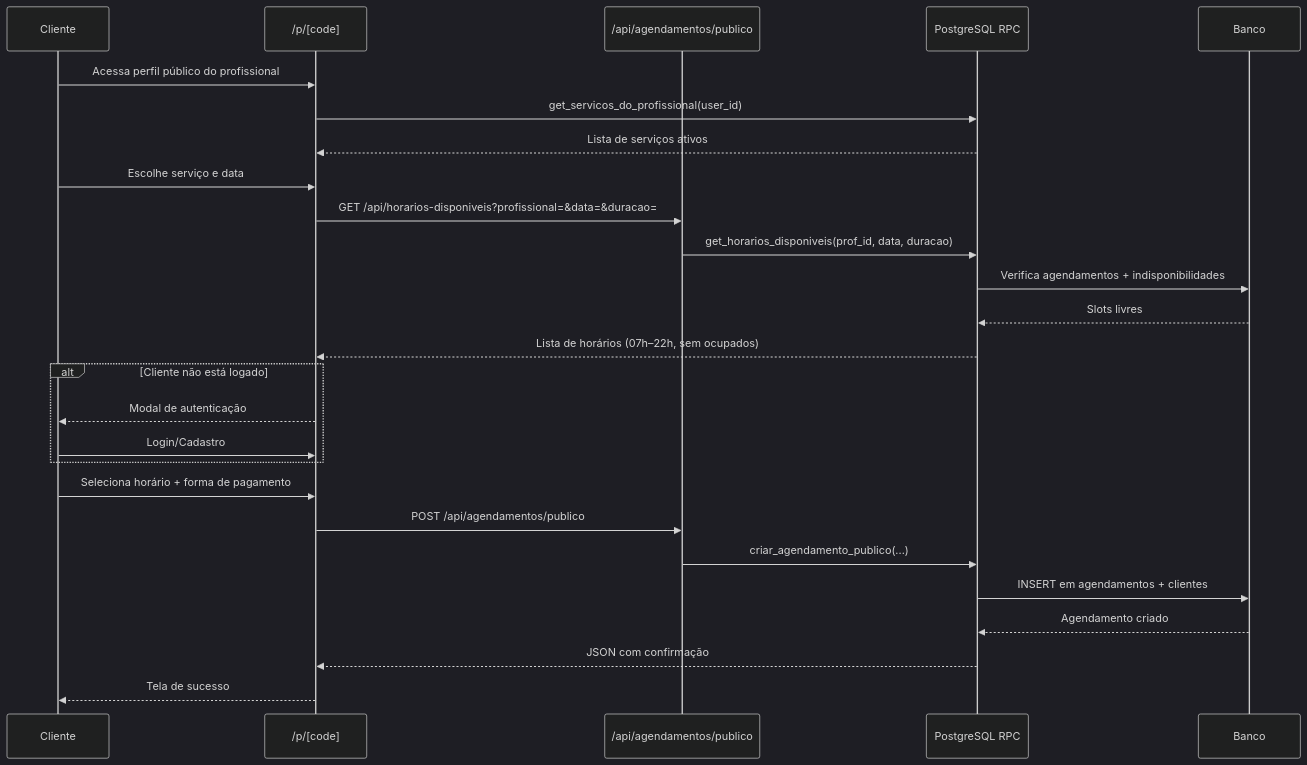
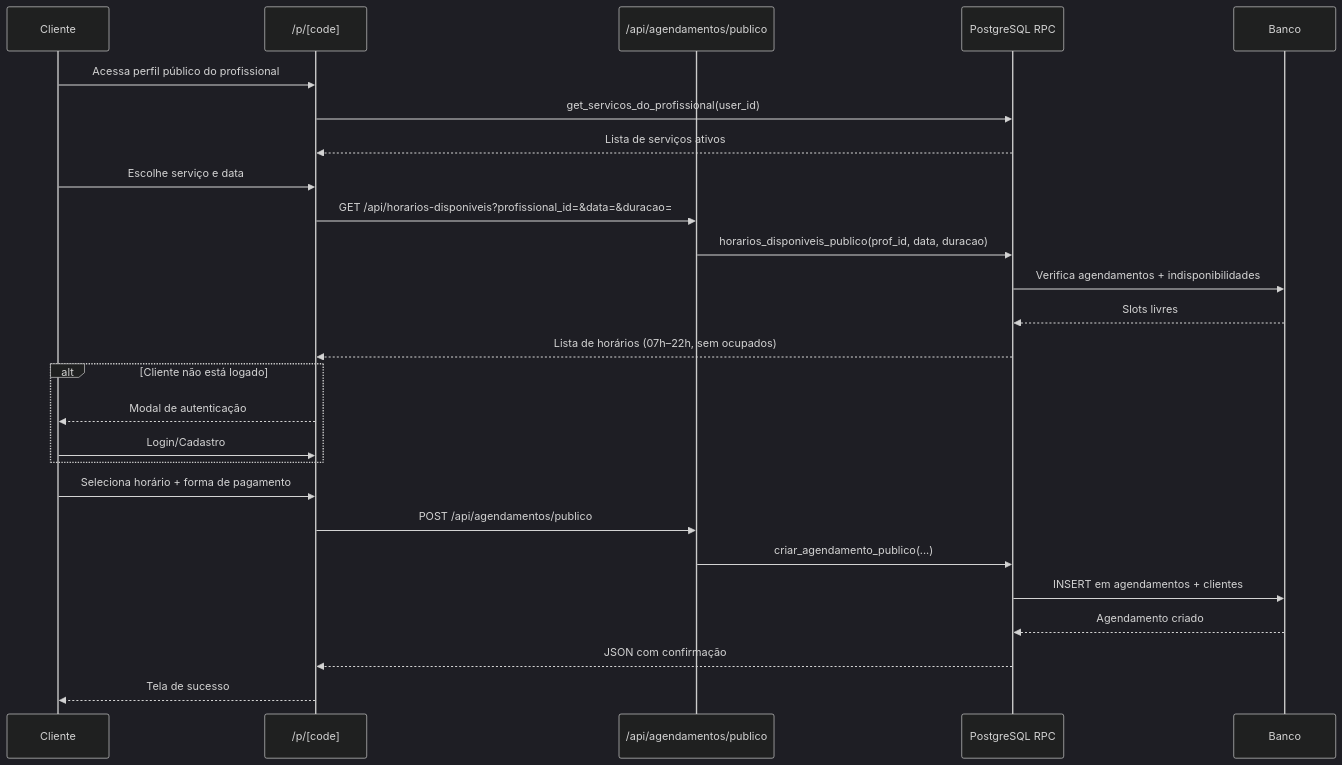
One commit to supp3rdan/studio-manager changed the sixth of 8 diagrams in ARCHITECTURE.md. Above: the diagram before and after it, drawn with Mermaid (dark theme). The commit also changed other lines of this file and 19 other files, not shown here.

````diff
--- a/ARCHITECTURE.md
+++ b/ARCHITECTURE.md
@@ -245,32 +245,32 @@
 ```mermaid
 sequenceDiagram
     participant C as Cliente
     participant UI as /p/[code]
     participant API as /api/agendamentos/publico
     participant RPC as PostgreSQL RPC
     participant DB as Banco
 
     C->>UI: Acessa perfil público do profissional
     UI->>RPC: get_servicos_do_profissional(user_id)
     RPC-->>UI: Lista de serviços ativos
 
     C->>UI: Escolhe serviço e data
-    UI->>API: GET /api/horarios-disponiveis?profissional=&data=&duracao=
-    API->>RPC: get_horarios_disponiveis(prof_id, data, duracao)
+    UI->>API: GET /api/horarios-disponiveis?profissional_id=&data=&duracao=
+    API->>RPC: horarios_disponiveis_publico(prof_id, data, duracao)
     RPC->>DB: Verifica agendamentos + indisponibilidades
     DB-->>RPC: Slots livres
     RPC-->>UI: Lista de horários (07h–22h, sem ocupados)
 
     alt Cliente não está logado
         UI-->>C: Modal de autenticação
         C->>UI: Login/Cadastro
     end
 
     C->>UI: Seleciona horário + forma de pagamento
     UI->>API: POST /api/agendamentos/publico
     API->>RPC: criar_agendamento_publico(...)
     RPC->>DB: INSERT em agendamentos + clientes
     DB-->>RPC: Agendamento criado
     RPC-->>UI: JSON com confirmação
     UI-->>C: Tela de sucesso
 ```
````
